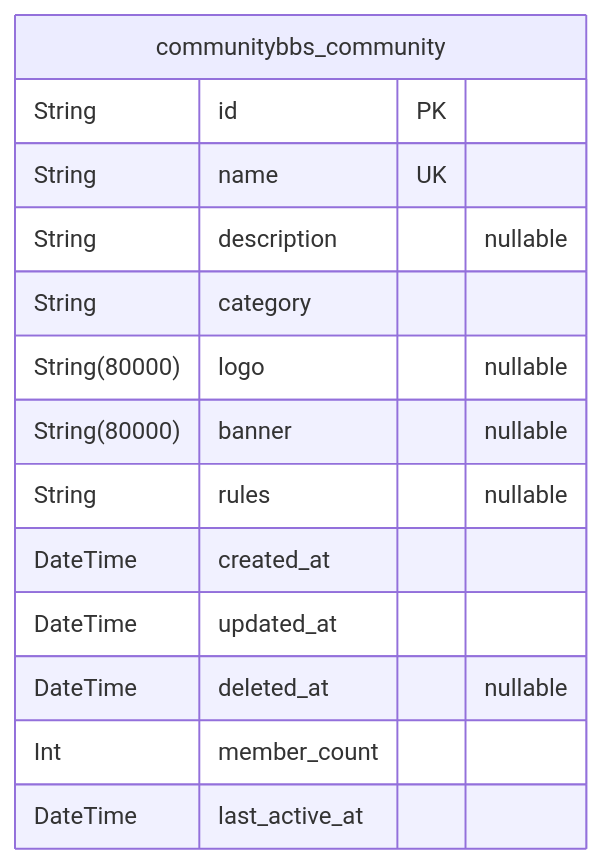
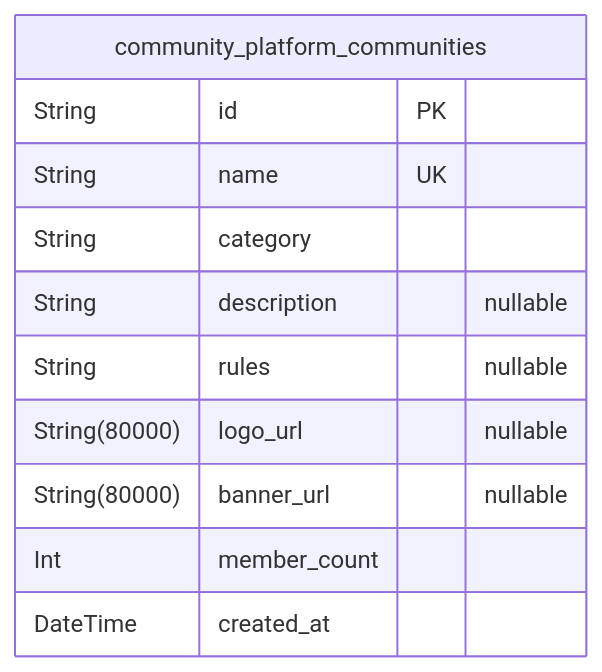
One commit to wrtnlabs/autobe-example-reddit-qwen-qwen3-next-80b-a3b-instruct changed the third of 8 diagrams in docs/ERD.md. Above: the diagram before and after it, drawn with Mermaid. The commit also changed other lines of this file and 472 other files, not shown here.

````diff
--- a/docs/ERD.md
+++ b/docs/ERD.md
@@ -183,17 +146,14 @@
 ```mermaid
 erDiagram
-"communitybbs_community" {
+"community_platform_communities" {
   String id PK
   String name UK
+  String category
   String description "nullable"
-  String category
-  String(80000) logo "nullable"
-  String(80000) banner "nullable"
   String rules "nullable"
+  String(80000) logo_url "nullable"
+  String(80000) banner_url "nullable"
+  Int member_count
   DateTime created_at
-  DateTime updated_at
-  DateTime deleted_at "nullable"
-  Int member_count
-  DateTime last_active_at
 }
 ```
````
